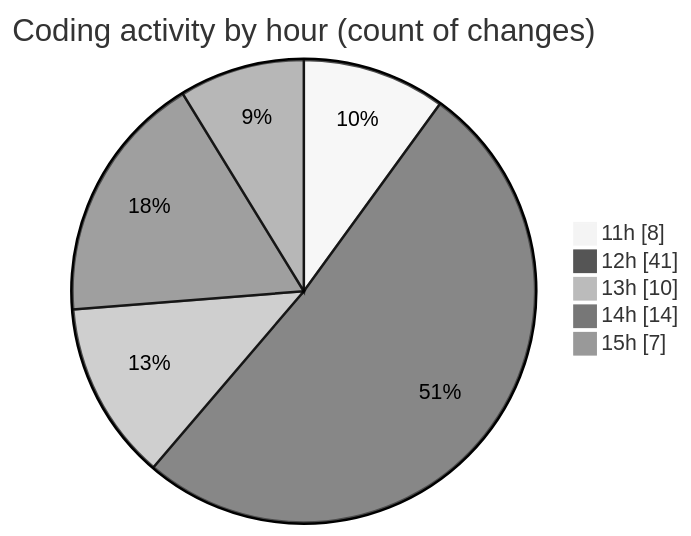
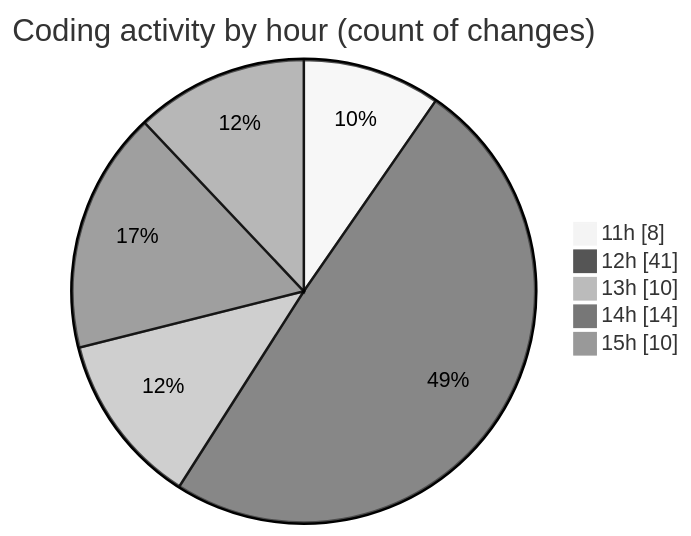
The second of 2 diagrams in 2025-05-04/project/README.md (BS-eng2023/code-tracking), drawn with Mermaid (neutral theme) before and after one commit. The commit also changed other lines of this file and 1 other file, not shown here.

````diff
--- a/2025-05-04/project/README.md
+++ b/2025-05-04/project/README.md
@@ -50,9 +50,9 @@
 ```mermaid
 pie showData
 title Coding activity by hour (count of changes)
 "11h" : 8
 "12h" : 41
 "13h" : 10
 "14h" : 14
-"15h" : 7
+"15h" : 10
 ```
````
